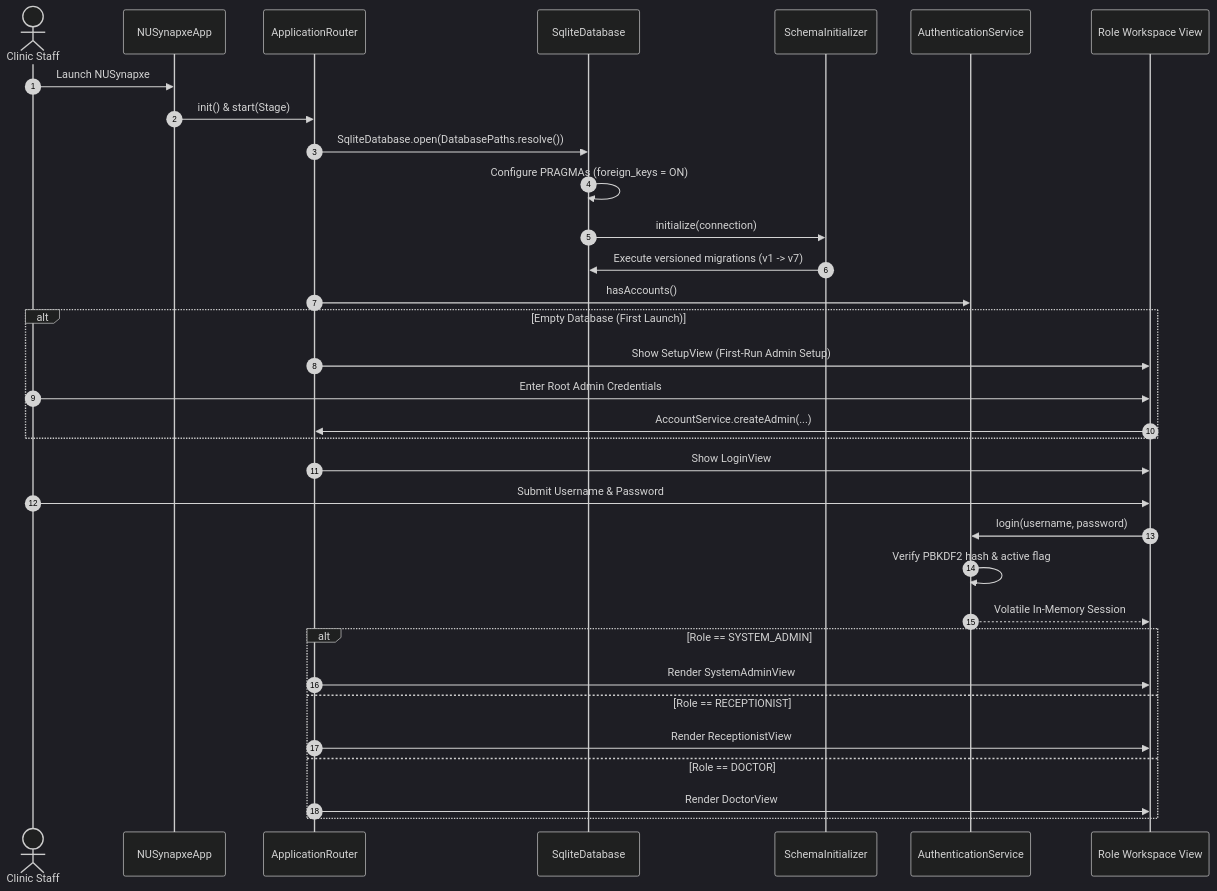
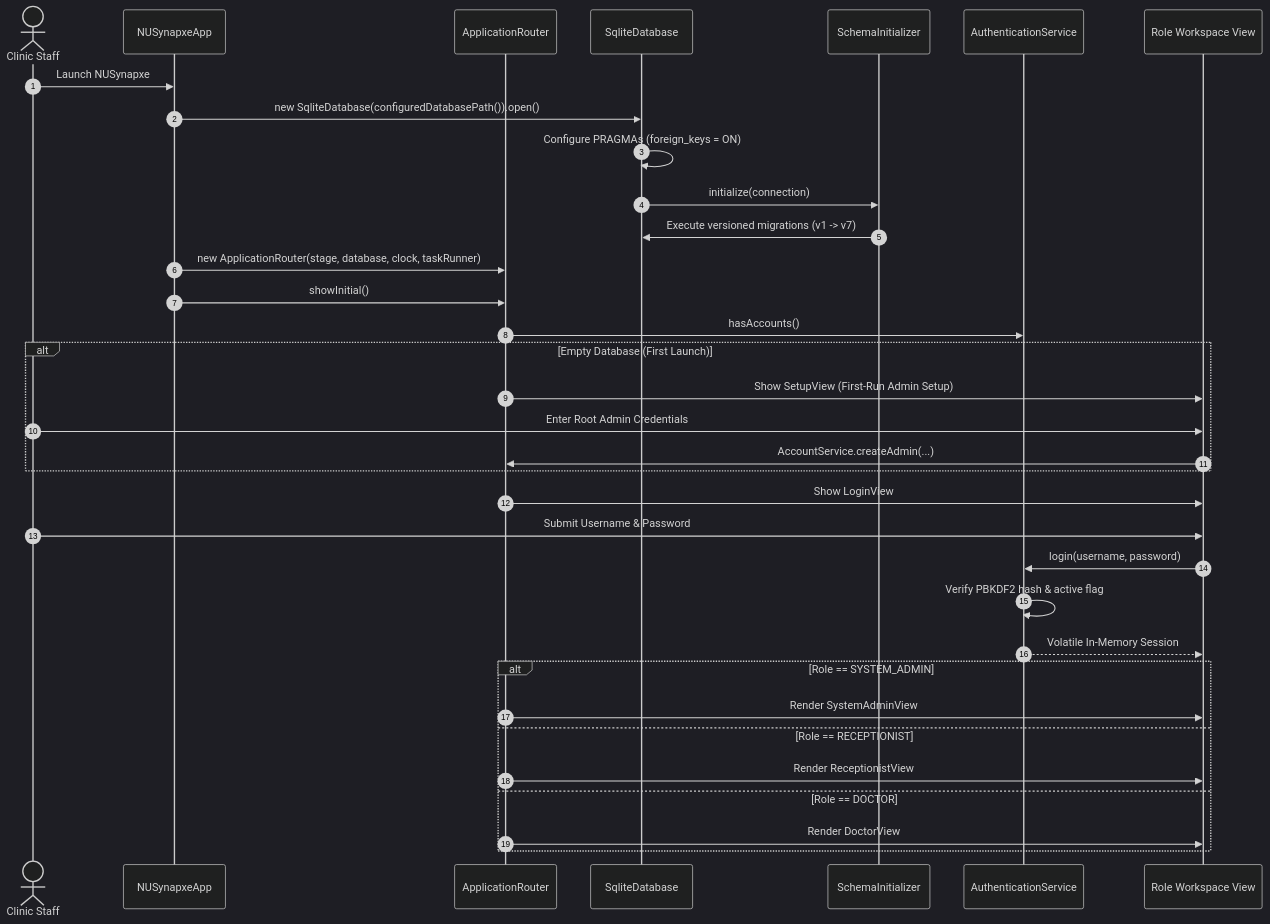
Before and after one commit to CS3227-2610-MP2-NUSynapxe/CS3227-2610-MP2: the second of 13 diagrams in docs/ArchitectureAndDesign.md, drawn with Mermaid (dark theme). The commit also changed other lines of this file and 7 other files, not shown here.

````diff
--- a/docs/ArchitectureAndDesign.md
+++ b/docs/ArchitectureAndDesign.md
@@ -51,36 +51,37 @@
 ```mermaid
 sequenceDiagram
     autonumber
     actor User as Clinic Staff
     participant App as NUSynapxeApp
     participant Router as ApplicationRouter
     participant DB as SqliteDatabase
     participant Migrator as SchemaInitializer
     participant Auth as AuthenticationService
     participant UI as Role Workspace View
 
     User->>App: Launch NUSynapxe
-    App->>Router: init() & start(Stage)
-    Router->>DB: SqliteDatabase.open(DatabasePaths.resolve())
+    App->>DB: new SqliteDatabase(configuredDatabasePath()).open()
     DB->>DB: Configure PRAGMAs (foreign_keys = ON)
     DB->>Migrator: initialize(connection)
     Migrator->>DB: Execute versioned migrations (v1 -> v7)
+    App->>Router: new ApplicationRouter(stage, database, clock, taskRunner)
+    App->>Router: showInitial()
     Router->>Auth: hasAccounts()
     alt Empty Database (First Launch)
         Router->>UI: Show SetupView (First-Run Admin Setup)
         User->>UI: Enter Root Admin Credentials
         UI->>Router: AccountService.createAdmin(...)
     end
     Router->>UI: Show LoginView
     User->>UI: Submit Username & Password
     UI->>Auth: login(username, password)
     Auth->>Auth: Verify PBKDF2 hash & active flag
     Auth-->>UI: Volatile In-Memory Session
     alt Role == SYSTEM_ADMIN
         Router->>UI: Render SystemAdminView
     else Role == RECEPTIONIST
         Router->>UI: Render ReceptionistView
     else Role == DOCTOR
         Router->>UI: Render DoctorView
     end
 ```
````
